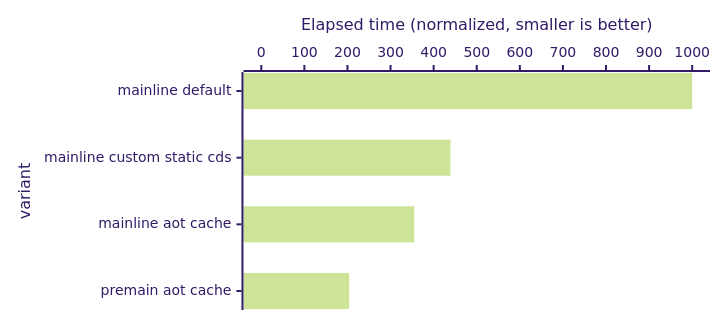
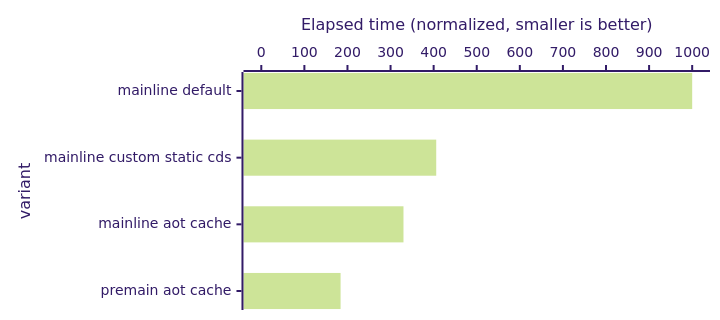
The ninth of 12 diagrams in benchmarks/README.md (openjdk/leyden), drawn with Mermaid before and after one commit. The commit also changed other lines of this file and 4 other files, not shown here.

````diff
--- a/benchmarks/README.md
+++ b/benchmarks/README.md
@@ -253,13 +253,13 @@
 ```mermaid
 ---
 config:
     theme: "forest"
     xyChart:
         chartOrientation: horizontal
         height: 300
 ---
 xychart-beta
     x-axis "variant" ["mainline default", "mainline custom static cds", "mainline aot cache", "premain aot cache"]
     y-axis "Elapsed time (normalized, smaller is better)" 0 --> 1000
-    bar [1000, 439, 355, 204]
+    bar [1000, 406, 330, 184]
 ```
````
